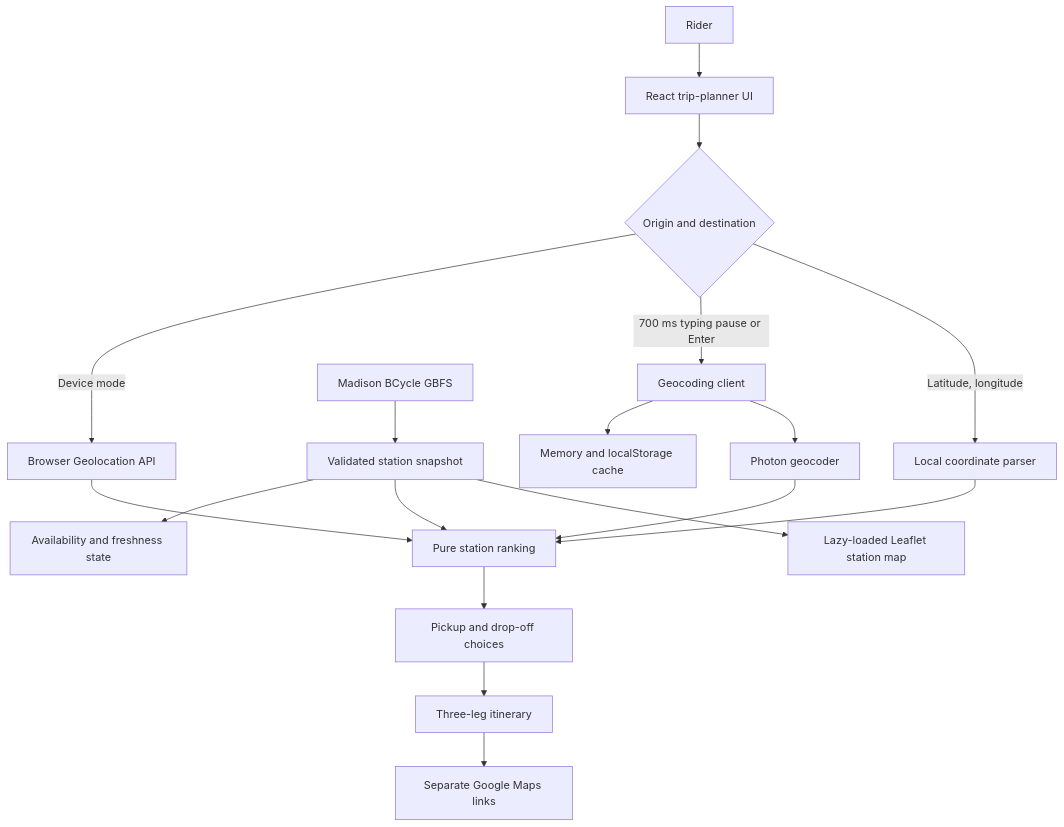
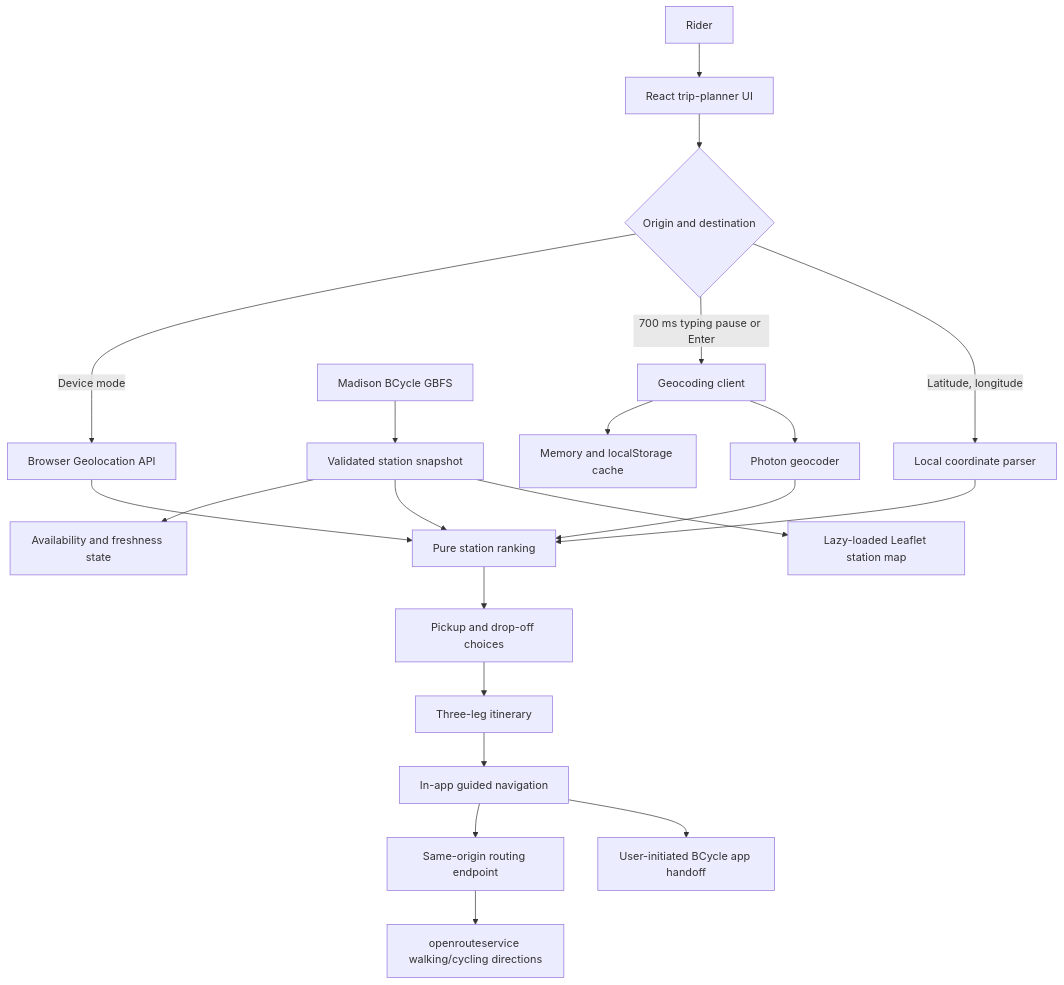
Before and after one commit to ant0n-grachev/BCycle-Router: the diagram in README.md, drawn with Mermaid. The commit also changed other lines of this file and 60 other files, not shown here.

````diff
--- a/README.md
+++ b/README.md
@@ -54,21 +62,24 @@
 ```mermaid
 flowchart TD
     Rider[Rider] --> UI[React trip-planner UI]
     UI --> Location{Origin and destination}
     Location -->|Device mode| Geo[Browser Geolocation API]
     Location -->|700 ms typing pause or Enter| Client[Geocoding client]
     Location -->|Latitude, longitude| Parser[Local coordinate parser]
     Client --> Cache[Memory and localStorage cache]
     Client --> Photon[Photon geocoder]
 
     GBFS[Madison BCycle GBFS] --> Snapshot[Validated station snapshot]
     Snapshot --> Status[Availability and freshness state]
     Snapshot --> Ranking[Pure station ranking]
     Geo --> Ranking
     Parser --> Ranking
     Photon --> Ranking
     Ranking --> Choices[Pickup and drop-off choices]
     Choices --> Legs[Three-leg itinerary]
-    Legs --> Maps[Separate Google Maps links]
+    Legs --> Navigation[In-app guided navigation]
+    Navigation --> RouteProxy[Same-origin routing endpoint]
+    RouteProxy --> ORS[openrouteservice walking/cycling directions]
+    Navigation --> BCycle[User-initiated BCycle app handoff]
     Snapshot --> Map[Lazy-loaded Leaflet station map]
 ```
````
